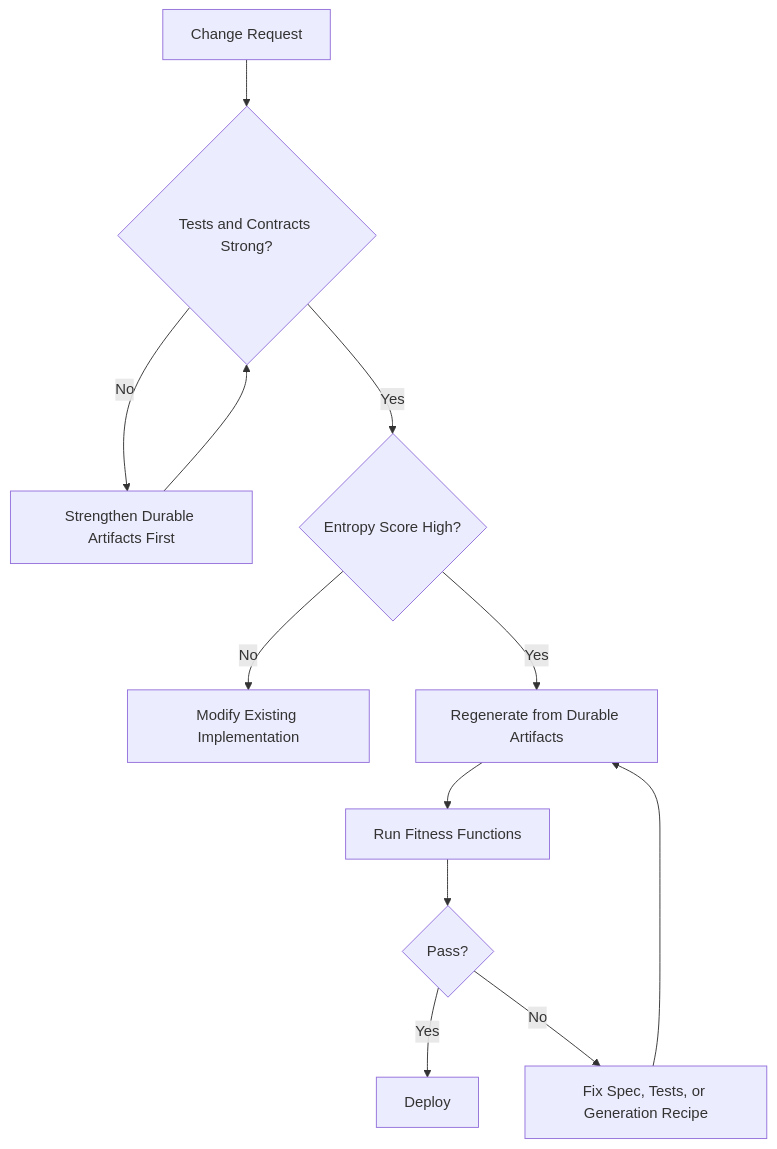
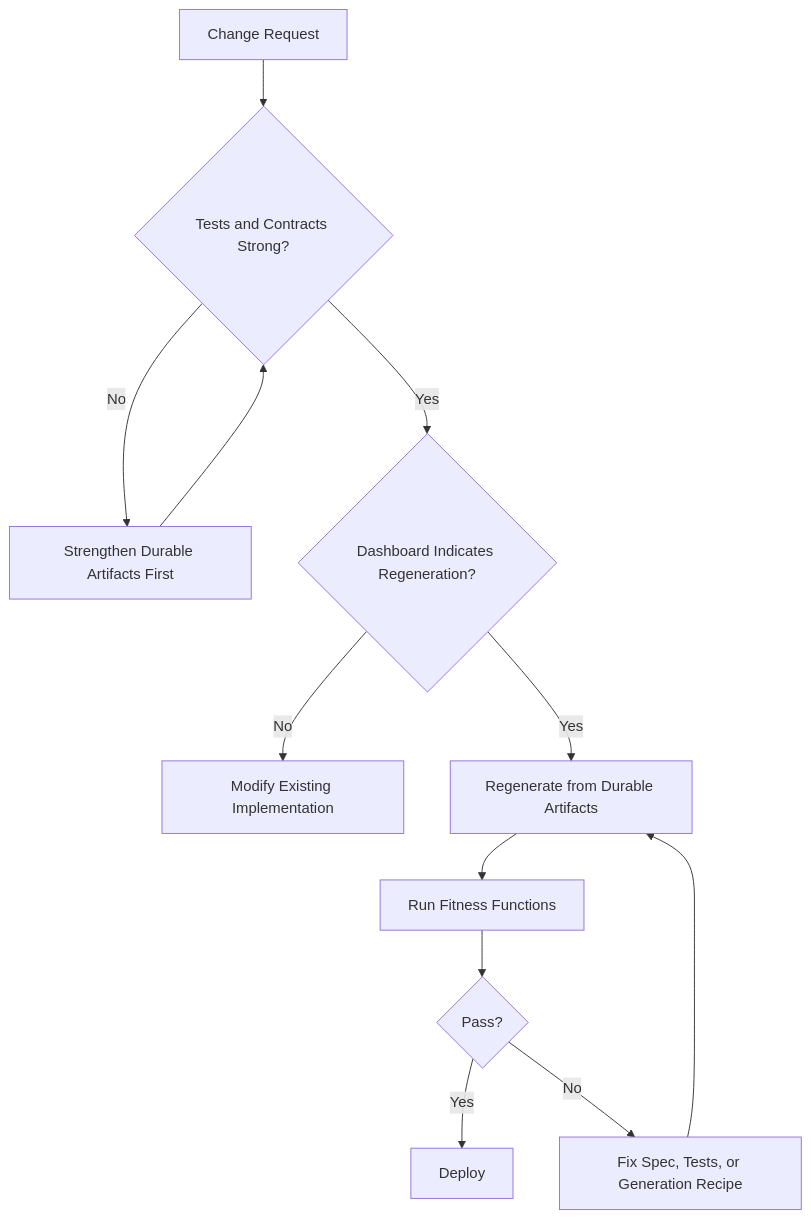
One commit to MilanStarcevic/regenerable-architecture changed the third of 4 diagrams in README.md. Above: the diagram before and after it, drawn with Mermaid. The commit also changed other lines of this file and 39 other files, not shown here.

````diff
--- a/README.md
+++ b/README.md
@@ -225,14 +243,14 @@
 ```mermaid
 flowchart TD
     A[Change Request] --> B{Tests and Contracts Strong?}
     B -- No --> C[Strengthen Durable Artifacts First]
     C --> B
-    B -- Yes --> D{Entropy Score High?}
+    B -- Yes --> D{Dashboard Indicates Regeneration?}
     D -- No --> E[Modify Existing Implementation]
     D -- Yes --> F[Regenerate from Durable Artifacts]
     F --> G[Run Fitness Functions]
     G --> H{Pass?}
     H -- Yes --> I[Deploy]
     H -- No --> J[Fix Spec, Tests, or Generation Recipe]
     J --> F
 ```
````
